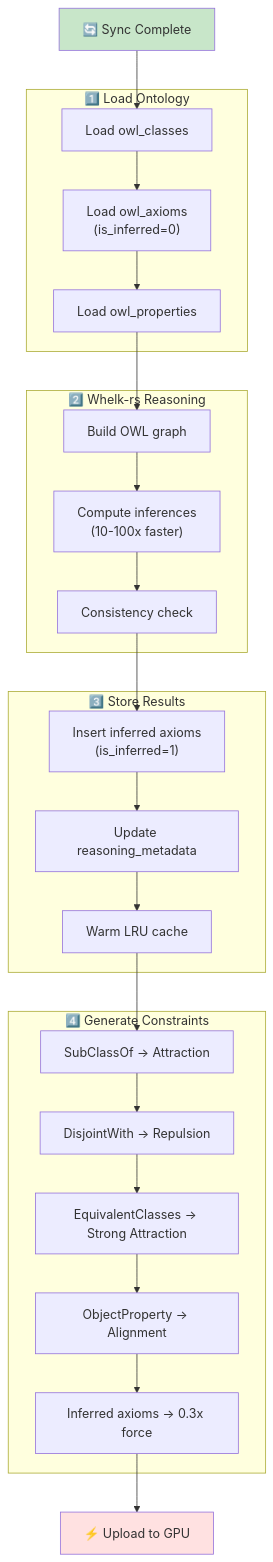
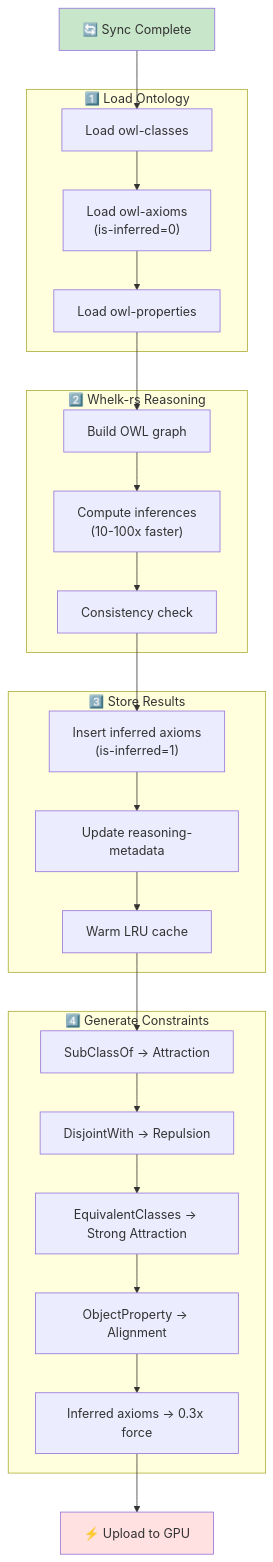
The third of 7 diagrams in docs/concepts/architecture/data-flow-complete.md (DreamLab-AI/VisionFlow), drawn with Mermaid before and after one commit. The commit also changed other lines of this file and 184 other files, not shown here.

````diff
--- a/docs/concepts/architecture/data-flow-complete.md
+++ b/docs/concepts/architecture/data-flow-complete.md
@@ -213,53 +213,53 @@
 ```mermaid
 graph TB
     START["🔄 Sync Complete"]
 
     subgraph Load["1️⃣ Load Ontology"]
-        LOAD_CLASSES["Load owl_classes"]
-        LOAD_AXIOMS["Load owl_axioms<br/>(is_inferred=0)"]
-        LOAD_PROPS["Load owl_properties"]
+        LOAD-CLASSES["Load owl-classes"]
+        LOAD-AXIOMS["Load owl-axioms<br/>(is-inferred=0)"]
+        LOAD-PROPS["Load owl-properties"]
     end
 
     subgraph Reason["2️⃣ Whelk-rs Reasoning"]
         BUILD["Build OWL graph"]
         COMPUTE["Compute inferences<br/>(10-100x faster)"]
         CHECK["Consistency check"]
     end
 
     subgraph Store["3️⃣ Store Results"]
-        INFER_AX["Insert inferred axioms<br/>(is_inferred=1)"]
-        UPDATE_META["Update reasoning_metadata"]
-        CACHE_WARM["Warm LRU cache"]
+        INFER-AX["Insert inferred axioms<br/>(is-inferred=1)"]
+        UPDATE-META["Update reasoning-metadata"]
+        CACHE-WARM["Warm LRU cache"]
     end
 
     subgraph Generate["4️⃣ Generate Constraints"]
         SUBCLASS["SubClassOf → Attraction"]
         DISJOINT["DisjointWith → Repulsion"]
         EQUIV["EquivalentClasses → Strong Attraction"]
         PROP["ObjectProperty → Alignment"]
         WEAKEN["Inferred axioms → 0.3x force"]
     end
 
-    START --> LOAD_CLASSES
-    LOAD_CLASSES --> LOAD_AXIOMS
-    LOAD_AXIOMS --> LOAD_PROPS
+    START --> LOAD-CLASSES
+    LOAD-CLASSES --> LOAD-AXIOMS
+    LOAD-AXIOMS --> LOAD-PROPS
 
-    LOAD_PROPS --> BUILD
+    LOAD-PROPS --> BUILD
     BUILD --> COMPUTE
     COMPUTE --> CHECK
 
-    CHECK --> INFER_AX
-    INFER_AX --> UPDATE_META
-    UPDATE_META --> CACHE_WARM
+    CHECK --> INFER-AX
+    INFER-AX --> UPDATE-META
+    UPDATE-META --> CACHE-WARM
 
-    CACHE_WARM --> SUBCLASS
+    CACHE-WARM --> SUBCLASS
     SUBCLASS --> DISJOINT
     DISJOINT --> EQUIV
     EQUIV --> PROP
     PROP --> WEAKEN
 
     WEAKEN --> GPU["⚡ Upload to GPU"]
 
     style START fill:#c8e6c9
     style GPU fill:#ffe1e1
 ```
````
